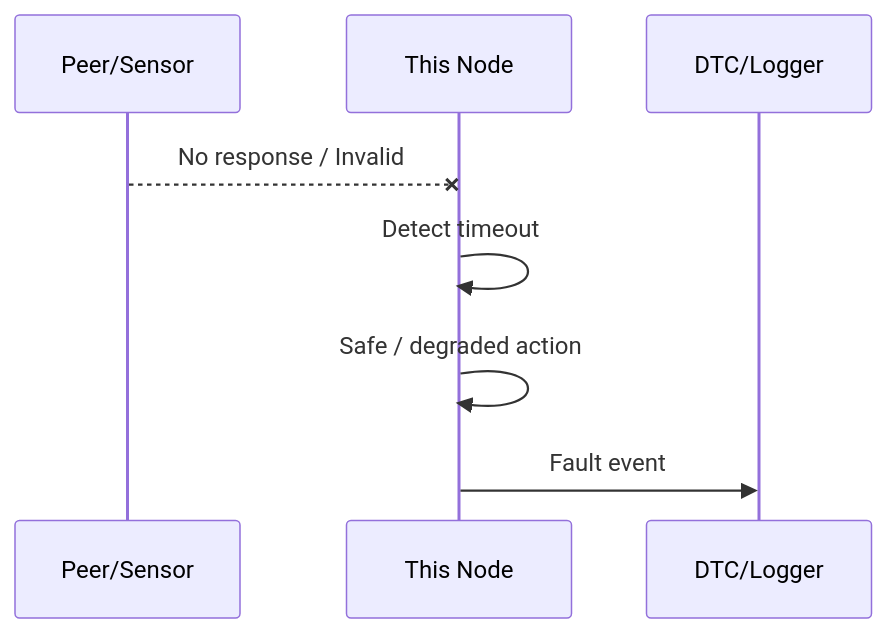
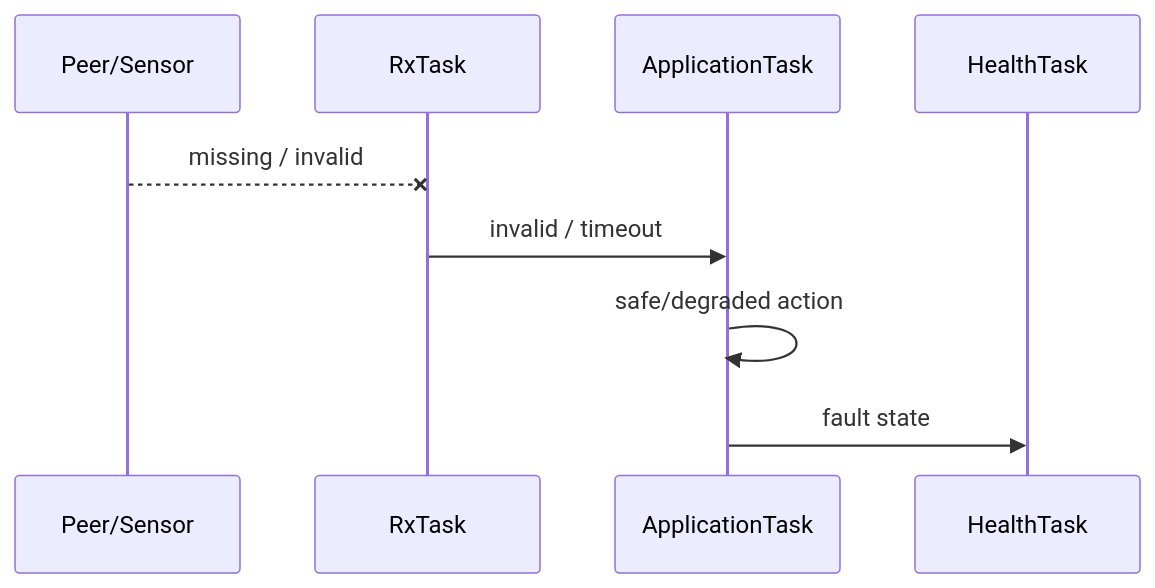
Before and after one commit to sunmaan22/SDV_MCU_Project: the third of 4 diagrams in docs/templates/SOFTWARE_ARCHITECTURE_TEMPLATE.md, drawn with Mermaid. The commit also changed other lines of this file and 10 other files, not shown here.

Commit message:
docs: apply FreeRTOS architecture policy across active documentation

````diff
--- a/docs/templates/SOFTWARE_ARCHITECTURE_TEMPLATE.md
+++ b/docs/templates/SOFTWARE_ARCHITECTURE_TEMPLATE.md
@@ -161,10 +218,11 @@
 ```mermaid
 sequenceDiagram
     participant PEER as Peer/Sensor
-    participant APP as This Node
-    participant DTC as DTC/Logger
-    PEER--xAPP: No response / Invalid
-    APP->>APP: Detect timeout
-    APP->>APP: Safe / degraded action
-    APP->>DTC: Fault event
+    participant RX as RxTask
+    participant APP as ApplicationTask
+    participant HEALTH as HealthTask
+    PEER--xRX: missing / invalid
+    RX->>APP: invalid / timeout
+    APP->>APP: safe/degraded action
+    APP->>HEALTH: fault state
 ```
````
